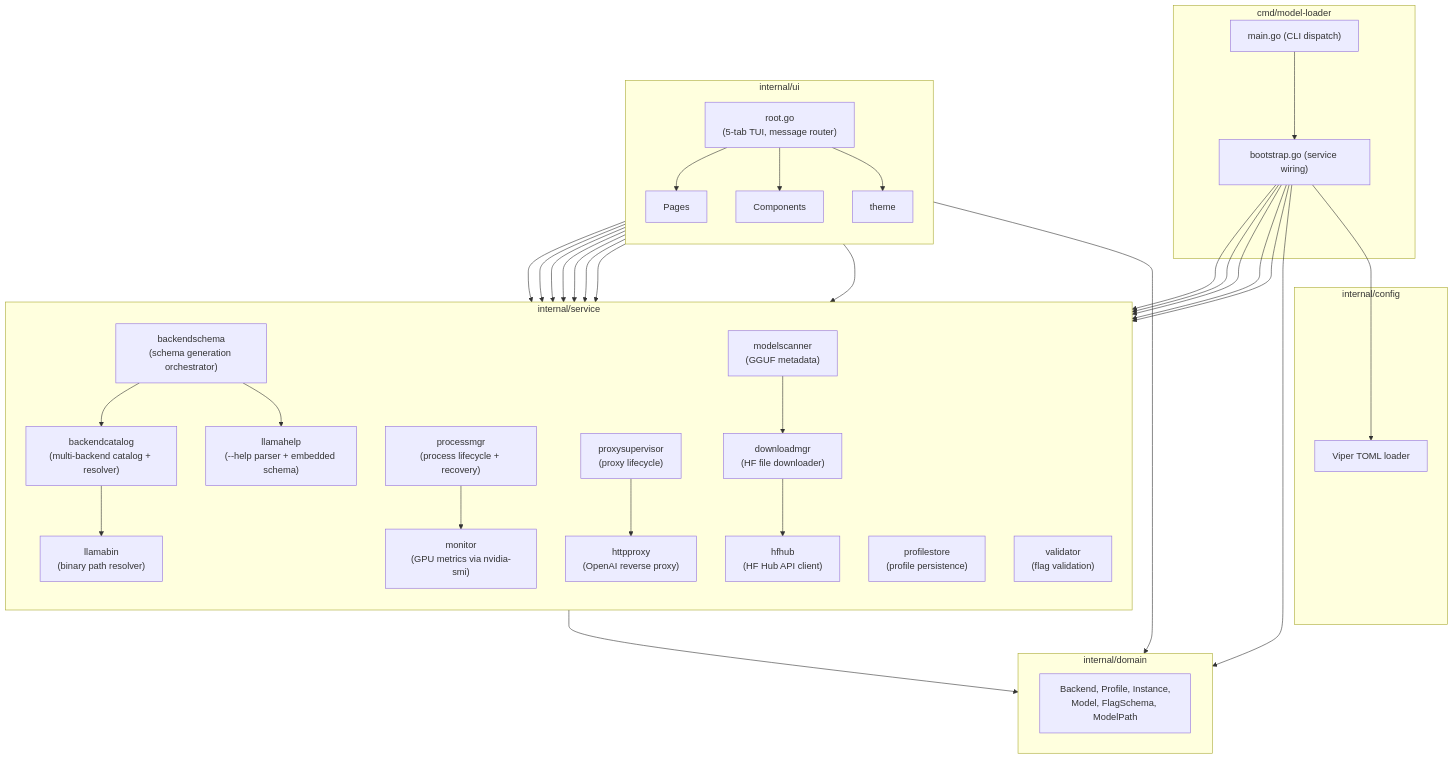
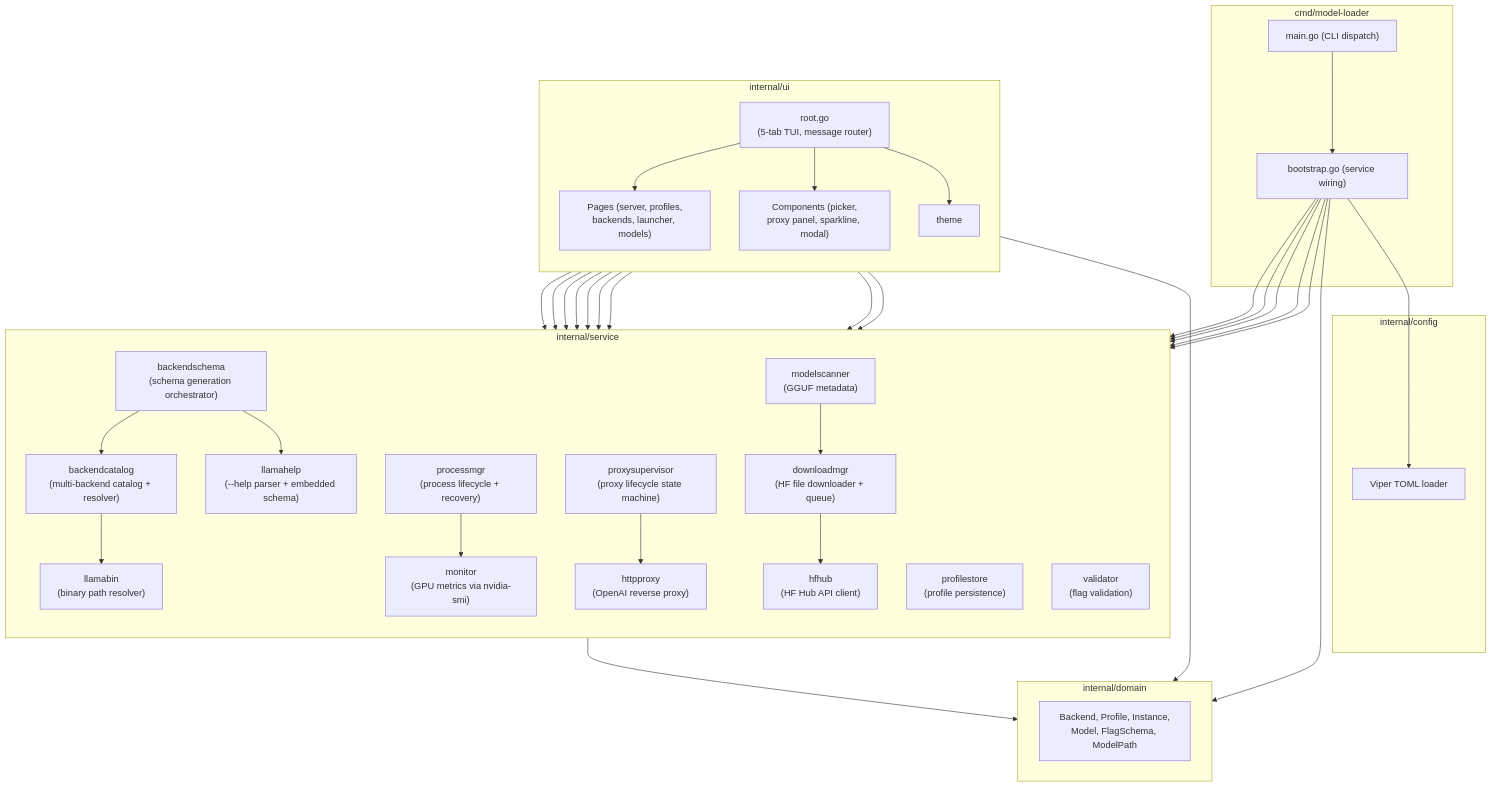
One commit to quantmind-br/model-loader changed the diagram in ARCHITECTURE.md. Above: the diagram before and after it, drawn with Mermaid. The commit also changed other lines of this file and 17 other files, not shown here.

````diff
--- a/ARCHITECTURE.md
+++ b/ARCHITECTURE.md
@@ -140,74 +176,75 @@
 ```mermaid
 graph TB
     subgraph Entry["cmd/model-loader"]
         main["main.go (CLI dispatch)"]
         bootstrap["bootstrap.go (service wiring)"]
     end
 
     subgraph Config["internal/config"]
         cfg["Viper TOML loader"]
     end
 
     subgraph Domain["internal/domain"]
         d_types["Backend, Profile, Instance,<br/>Model, FlagSchema, ModelPath"]
     end
 
     subgraph Service["internal/service"]
         direction TB
         bc["backendcatalog<br/>(multi-backend catalog + resolver)"]
         bs["backendschema<br/>(schema generation orchestrator)"]
-        dm["downloadmgr<br/>(HF file downloader)"]
+        dm["downloadmgr<br/>(HF file downloader + queue)"]
         hf["hfhub<br/>(HF Hub API client)"]
         hp["httpproxy<br/>(OpenAI reverse proxy)"]
         lh["llamahelp<br/>(--help parser + embedded schema)"]
         lb["llamabin<br/>(binary path resolver)"]
-        ps["proxysupervisor<br/>(proxy lifecycle)"]
+        ps["proxysupervisor<br/>(proxy lifecycle state machine)"]
         pm["processmgr<br/>(process lifecycle + recovery)"]
         pstore["profilestore<br/>(profile persistence)"]
         val["validator<br/>(flag validation)"]
         ms["modelscanner<br/>(GGUF metadata)"]
         mon["monitor<br/>(GPU metrics via nvidia-smi)"]
     end
 
     subgraph UI["internal/ui"]
         direction TB
         root["root.go<br/>(5-tab TUI, message router)"]
-        pages["Pages"]
-        comps["Components"]
+        pages["Pages (server, profiles,<br/>backends, launcher, models)"]
+        comps["Components (picker,<br/>proxy panel, sparkline, modal)"]
         theme["theme"]
     end
 
     main --> bootstrap
     bootstrap --> cfg
     bootstrap --> bc
     bootstrap --> bs
     bootstrap --> pstore
     bootstrap --> pm
     bootstrap --> val
 
     bc --> lb
     bs --> lh
     bs --> bc
 
     pages --> dm
     pages --> hf
     pages --> pstore
     pages --> pm
     pages --> hp
     pages --> bc
     pages --> bs
     pages --> val
+    pages --> mon
 
     root --> pages
     root --> comps
     root --> theme
 
     pm --> mon
     ps --> hp
     dm --> hf
     ms --> dm
 
     Service --> Domain
     UI --> Domain
     bootstrap --> Domain
 ```
````
